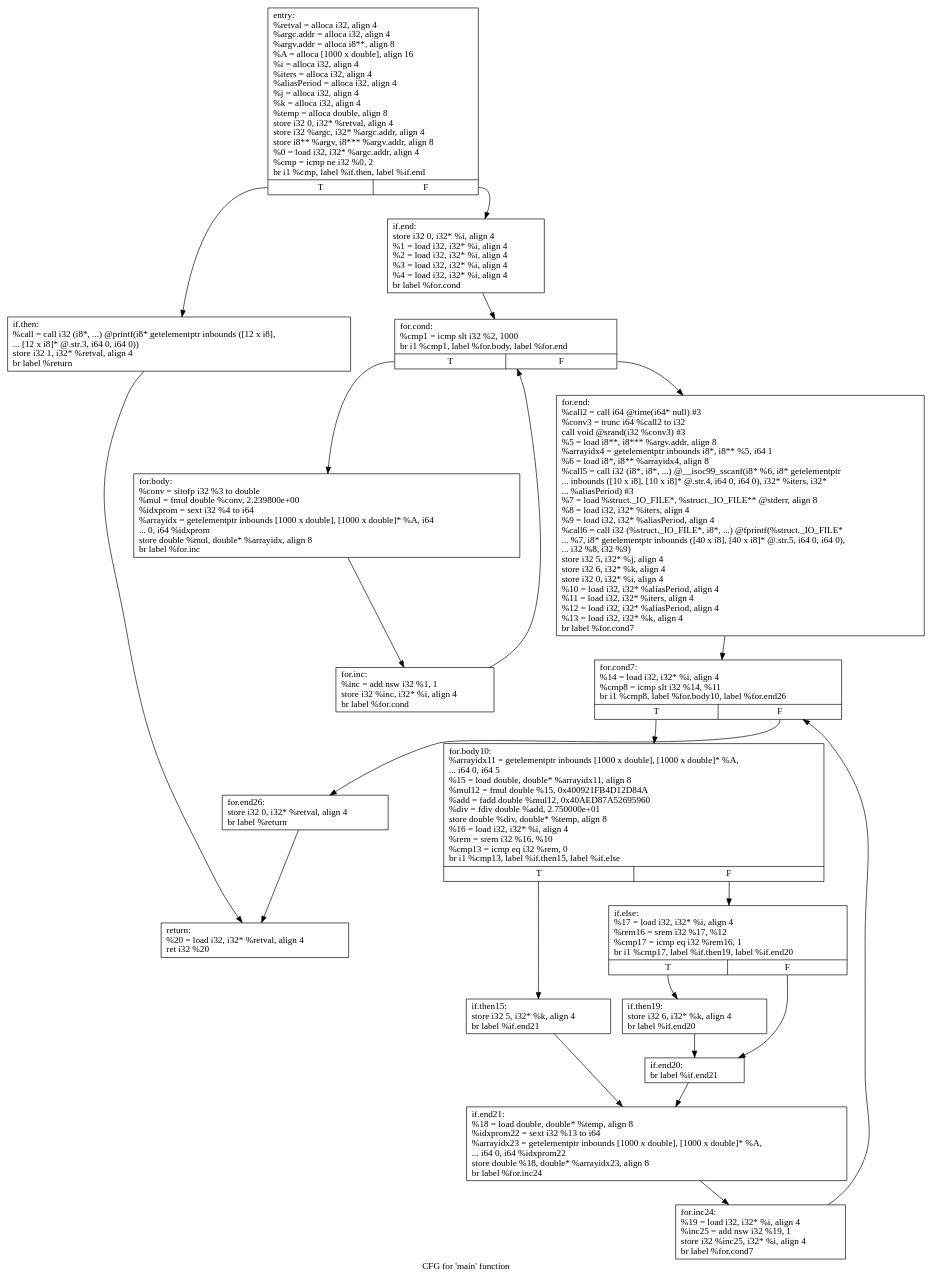
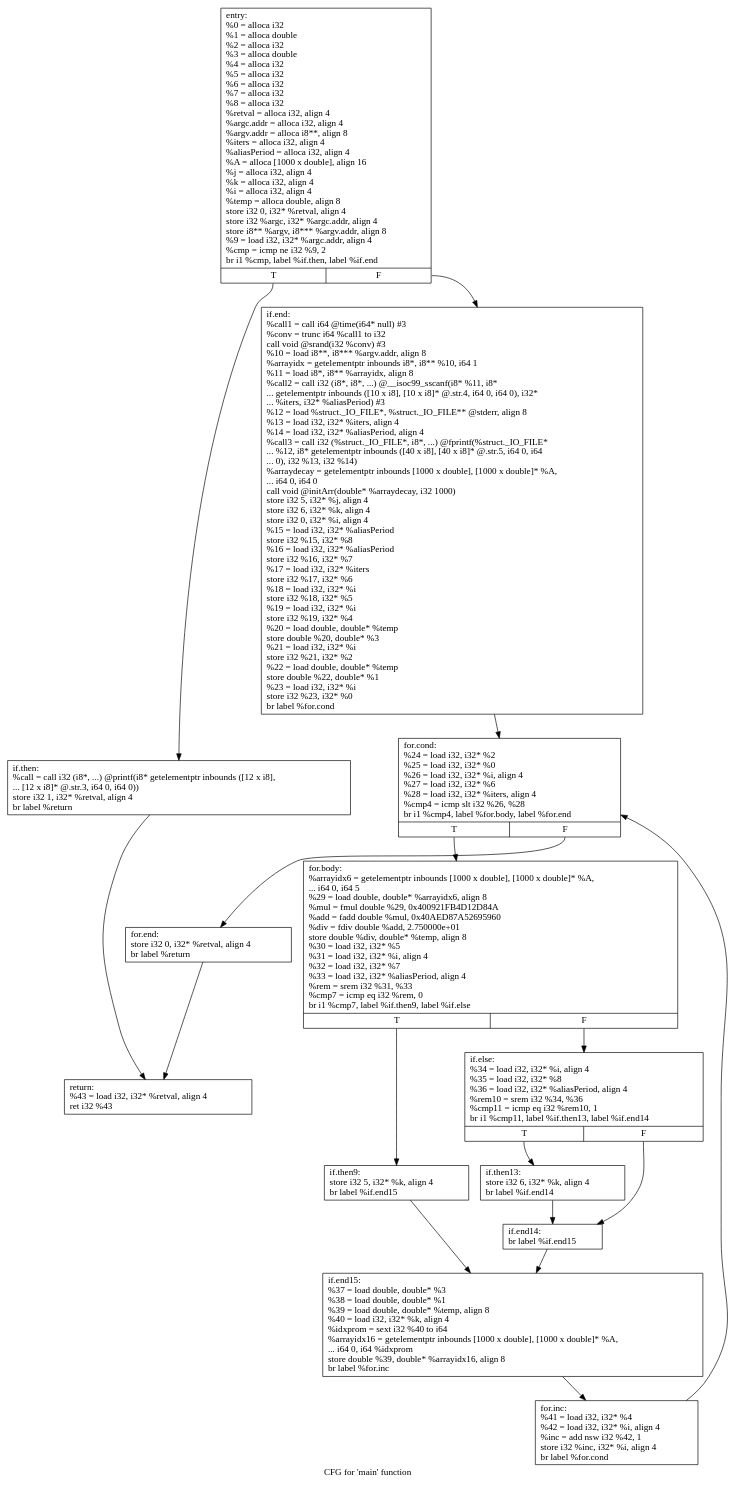
One commit to mattqemo/eecs583fp changed the diagram in 583simple/.main.dot. Above: the diagram before and after it, drawn with Graphviz. The commit also changed 11 other files, not shown here.

```diff
--- a/583simple/.main.dot
+++ b/583simple/.main.dot
@@ -1,42 +1,33 @@
 digraph "CFG for 'main' function" {
 	label="CFG for 'main' function";
 
-	Node0x55e047e42970 [shape=record,label="{entry:\l  %retval = alloca i32, align 4\l  %argc.addr = alloca i32, align 4\l  %argv.addr = alloca i8**, align 8\l  %A = alloca [1000 x double], align 16\l  %i = alloca i32, align 4\l  %iters = alloca i32, align 4\l  %aliasPeriod = alloca i32, align 4\l  %j = alloca i32, align 4\l  %k = alloca i32, align 4\l  %temp = alloca double, align 8\l  store i32 0, i32* %retval, align 4\l  store i32 %argc, i32* %argc.addr, align 4\l  store i8** %argv, i8*** %argv.addr, align 8\l  %0 = load i32, i32* %argc.addr, align 4\l  %cmp = icmp ne i32 %0, 2\l  br i1 %cmp, label %if.then, label %if.end\l|{<s0>T|<s1>F}}"];
-	Node0x55e047e42970:s0 -> Node0x55e047e43aa0;
-	Node0x55e047e42970:s1 -> Node0x55e047e43af0;
-	Node0x55e047e43aa0 [shape=record,label="{if.then:                                          \l  %call = call i32 (i8*, ...) @printf(i8* getelementptr inbounds ([12 x i8],\l... [12 x i8]* @.str.3, i64 0, i64 0))\l  store i32 1, i32* %retval, align 4\l  br label %return\l}"];
-	Node0x55e047e43aa0 -> Node0x55e047e43f50;
-	Node0x55e047e43af0 [shape=record,label="{if.end:                                           \l  store i32 0, i32* %i, align 4\l  %1 = load i32, i32* %i, align 4\l  %2 = load i32, i32* %i, align 4\l  %3 = load i32, i32* %i, align 4\l  %4 = load i32, i32* %i, align 4\l  br label %for.cond\l}"];
-	Node0x55e047e43af0 -> Node0x55e047e43b40;
-	Node0x55e047e43b40 [shape=record,label="{for.cond:                                         \l  %cmp1 = icmp slt i32 %2, 1000\l  br i1 %cmp1, label %for.body, label %for.end\l|{<s0>T|<s1>F}}"];
-	Node0x55e047e43b40:s0 -> Node0x55e047e43b90;
-	Node0x55e047e43b40:s1 -> Node0x55e047e43c30;
-	Node0x55e047e43b90 [shape=record,label="{for.body:                                         \l  %conv = sitofp i32 %3 to double\l  %mul = fmul double %conv, 2.239800e+00\l  %idxprom = sext i32 %4 to i64\l  %arrayidx = getelementptr inbounds [1000 x double], [1000 x double]* %A, i64\l... 0, i64 %idxprom\l  store double %mul, double* %arrayidx, align 8\l  br label %for.inc\l}"];
-	Node0x55e047e43b90 -> Node0x55e047e43be0;
-	Node0x55e047e43be0 [shape=record,label="{for.inc:                                          \l  %inc = add nsw i32 %1, 1\l  store i32 %inc, i32* %i, align 4\l  br label %for.cond\l}"];
-	Node0x55e047e43be0 -> Node0x55e047e43b40;
-	Node0x55e047e43c30 [shape=record,label="{for.end:                                          \l  %call2 = call i64 @time(i64* null) #3\l  %conv3 = trunc i64 %call2 to i32\l  call void @srand(i32 %conv3) #3\l  %5 = load i8**, i8*** %argv.addr, align 8\l  %arrayidx4 = getelementptr inbounds i8*, i8** %5, i64 1\l  %6 = load i8*, i8** %arrayidx4, align 8\l  %call5 = call i32 (i8*, i8*, ...) @__isoc99_sscanf(i8* %6, i8* getelementptr\l... inbounds ([10 x i8], [10 x i8]* @.str.4, i64 0, i64 0), i32* %iters, i32*\l... %aliasPeriod) #3\l  %7 = load %struct._IO_FILE*, %struct._IO_FILE** @stderr, align 8\l  %8 = load i32, i32* %iters, align 4\l  %9 = load i32, i32* %aliasPeriod, align 4\l  %call6 = call i32 (%struct._IO_FILE*, i8*, ...) @fprintf(%struct._IO_FILE*\l... %7, i8* getelementptr inbounds ([40 x i8], [40 x i8]* @.str.5, i64 0, i64 0),\l... i32 %8, i32 %9)\l  store i32 5, i32* %j, align 4\l  store i32 6, i32* %k, align 4\l  store i32 0, i32* %i, align 4\l  %10 = load i32, i32* %aliasPeriod, align 4\l  %11 = load i32, i32* %iters, align 4\l  %12 = load i32, i32* %aliasPeriod, align 4\l  %13 = load i32, i32* %k, align 4\l  br label %for.cond7\l}"];
-	Node0x55e047e43c30 -> Node0x55e047e43c80;
-	Node0x55e047e43c80 [shape=record,label="{for.cond7:                                        \l  %14 = load i32, i32* %i, align 4\l  %cmp8 = icmp slt i32 %14, %11\l  br i1 %cmp8, label %for.body10, label %for.end26\l|{<s0>T|<s1>F}}"];
-	Node0x55e047e43c80:s0 -> Node0x55e047e43cd0;
-	Node0x55e047e43c80:s1 -> Node0x55e047e43f00;
-	Node0x55e047e43cd0 [shape=record,label="{for.body10:                                       \l  %arrayidx11 = getelementptr inbounds [1000 x double], [1000 x double]* %A,\l... i64 0, i64 5\l  %15 = load double, double* %arrayidx11, align 8\l  %mul12 = fmul double %15, 0x400921FB4D12D84A\l  %add = fadd double %mul12, 0x40AED87A52695960\l  %div = fdiv double %add, 2.750000e+01\l  store double %div, double* %temp, align 8\l  %16 = load i32, i32* %i, align 4\l  %rem = srem i32 %16, %10\l  %cmp13 = icmp eq i32 %rem, 0\l  br i1 %cmp13, label %if.then15, label %if.else\l|{<s0>T|<s1>F}}"];
-	Node0x55e047e43cd0:s0 -> Node0x55e047e43d20;
-	Node0x55e047e43cd0:s1 -> Node0x55e047e43d70;
-	Node0x55e047e43d20 [shape=record,label="{if.then15:                                        \l  store i32 5, i32* %k, align 4\l  br label %if.end21\l}"];
-	Node0x55e047e43d20 -> Node0x55e047e43e60;
-	Node0x55e047e43d70 [shape=record,label="{if.else:                                          \l  %17 = load i32, i32* %i, align 4\l  %rem16 = srem i32 %17, %12\l  %cmp17 = icmp eq i32 %rem16, 1\l  br i1 %cmp17, label %if.then19, label %if.end20\l|{<s0>T|<s1>F}}"];
-	Node0x55e047e43d70:s0 -> Node0x55e047e43dc0;
-	Node0x55e047e43d70:s1 -> Node0x55e047e43e10;
-	Node0x55e047e43dc0 [shape=record,label="{if.then19:                                        \l  store i32 6, i32* %k, align 4\l  br label %if.end20\l}"];
-	Node0x55e047e43dc0 -> Node0x55e047e43e10;
-	Node0x55e047e43e10 [shape=record,label="{if.end20:                                         \l  br label %if.end21\l}"];
-	Node0x55e047e43e10 -> Node0x55e047e43e60;
-	Node0x55e047e43e60 [shape=record,label="{if.end21:                                         \l  %18 = load double, double* %temp, align 8\l  %idxprom22 = sext i32 %13 to i64\l  %arrayidx23 = getelementptr inbounds [1000 x double], [1000 x double]* %A,\l... i64 0, i64 %idxprom22\l  store double %18, double* %arrayidx23, align 8\l  br label %for.inc24\l}"];
-	Node0x55e047e43e60 -> Node0x55e047e43eb0;
-	Node0x55e047e43eb0 [shape=record,label="{for.inc24:                                        \l  %19 = load i32, i32* %i, align 4\l  %inc25 = add nsw i32 %19, 1\l  store i32 %inc25, i32* %i, align 4\l  br label %for.cond7\l}"];
-	Node0x55e047e43eb0 -> Node0x55e047e43c80;
-	Node0x55e047e43f00 [shape=record,label="{for.end26:                                        \l  store i32 0, i32* %retval, align 4\l  br label %return\l}"];
-	Node0x55e047e43f00 -> Node0x55e047e43f50;
-	Node0x55e047e43f50 [shape=record,label="{return:                                           \l  %20 = load i32, i32* %retval, align 4\l  ret i32 %20\l}"];
+	Node0x558ef39abfd0 [shape=record,label="{entry:\l  %0 = alloca i32\l  %1 = alloca double\l  %2 = alloca i32\l  %3 = alloca double\l  %4 = alloca i32\l  %5 = alloca i32\l  %6 = alloca i32\l  %7 = alloca i32\l  %8 = alloca i32\l  %retval = alloca i32, align 4\l  %argc.addr = alloca i32, align 4\l  %argv.addr = alloca i8**, align 8\l  %iters = alloca i32, align 4\l  %aliasPeriod = alloca i32, align 4\l  %A = alloca [1000 x double], align 16\l  %j = alloca i32, align 4\l  %k = alloca i32, align 4\l  %i = alloca i32, align 4\l  %temp = alloca double, align 8\l  store i32 0, i32* %retval, align 4\l  store i32 %argc, i32* %argc.addr, align 4\l  store i8** %argv, i8*** %argv.addr, align 8\l  %9 = load i32, i32* %argc.addr, align 4\l  %cmp = icmp ne i32 %9, 2\l  br i1 %cmp, label %if.then, label %if.end\l|{<s0>T|<s1>F}}"];
+	Node0x558ef39abfd0:s0 -> Node0x558ef39aea50;
+	Node0x558ef39abfd0:s1 -> Node0x558ef39aeaa0;
+	Node0x558ef39aea50 [shape=record,label="{if.then:                                          \l  %call = call i32 (i8*, ...) @printf(i8* getelementptr inbounds ([12 x i8],\l... [12 x i8]* @.str.3, i64 0, i64 0))\l  store i32 1, i32* %retval, align 4\l  br label %return\l}"];
+	Node0x558ef39aea50 -> Node0x558ef39aedc0;
+	Node0x558ef39aeaa0 [shape=record,label="{if.end:                                           \l  %call1 = call i64 @time(i64* null) #3\l  %conv = trunc i64 %call1 to i32\l  call void @srand(i32 %conv) #3\l  %10 = load i8**, i8*** %argv.addr, align 8\l  %arrayidx = getelementptr inbounds i8*, i8** %10, i64 1\l  %11 = load i8*, i8** %arrayidx, align 8\l  %call2 = call i32 (i8*, i8*, ...) @__isoc99_sscanf(i8* %11, i8*\l... getelementptr inbounds ([10 x i8], [10 x i8]* @.str.4, i64 0, i64 0), i32*\l... %iters, i32* %aliasPeriod) #3\l  %12 = load %struct._IO_FILE*, %struct._IO_FILE** @stderr, align 8\l  %13 = load i32, i32* %iters, align 4\l  %14 = load i32, i32* %aliasPeriod, align 4\l  %call3 = call i32 (%struct._IO_FILE*, i8*, ...) @fprintf(%struct._IO_FILE*\l... %12, i8* getelementptr inbounds ([40 x i8], [40 x i8]* @.str.5, i64 0, i64\l... 0), i32 %13, i32 %14)\l  %arraydecay = getelementptr inbounds [1000 x double], [1000 x double]* %A,\l... i64 0, i64 0\l  call void @initArr(double* %arraydecay, i32 1000)\l  store i32 5, i32* %j, align 4\l  store i32 6, i32* %k, align 4\l  store i32 0, i32* %i, align 4\l  %15 = load i32, i32* %aliasPeriod\l  store i32 %15, i32* %8\l  %16 = load i32, i32* %aliasPeriod\l  store i32 %16, i32* %7\l  %17 = load i32, i32* %iters\l  store i32 %17, i32* %6\l  %18 = load i32, i32* %i\l  store i32 %18, i32* %5\l  %19 = load i32, i32* %i\l  store i32 %19, i32* %4\l  %20 = load double, double* %temp\l  store double %20, double* %3\l  %21 = load i32, i32* %i\l  store i32 %21, i32* %2\l  %22 = load double, double* %temp\l  store double %22, double* %1\l  %23 = load i32, i32* %i\l  store i32 %23, i32* %0\l  br label %for.cond\l}"];
+	Node0x558ef39aeaa0 -> Node0x558ef39aeaf0;
+	Node0x558ef39aeaf0 [shape=record,label="{for.cond:                                         \l  %24 = load i32, i32* %2\l  %25 = load i32, i32* %0\l  %26 = load i32, i32* %i, align 4\l  %27 = load i32, i32* %6\l  %28 = load i32, i32* %iters, align 4\l  %cmp4 = icmp slt i32 %26, %28\l  br i1 %cmp4, label %for.body, label %for.end\l|{<s0>T|<s1>F}}"];
+	Node0x558ef39aeaf0:s0 -> Node0x558ef39aeb40;
+	Node0x558ef39aeaf0:s1 -> Node0x558ef39aed70;
+	Node0x558ef39aeb40 [shape=record,label="{for.body:                                         \l  %arrayidx6 = getelementptr inbounds [1000 x double], [1000 x double]* %A,\l... i64 0, i64 5\l  %29 = load double, double* %arrayidx6, align 8\l  %mul = fmul double %29, 0x400921FB4D12D84A\l  %add = fadd double %mul, 0x40AED87A52695960\l  %div = fdiv double %add, 2.750000e+01\l  store double %div, double* %temp, align 8\l  %30 = load i32, i32* %5\l  %31 = load i32, i32* %i, align 4\l  %32 = load i32, i32* %7\l  %33 = load i32, i32* %aliasPeriod, align 4\l  %rem = srem i32 %31, %33\l  %cmp7 = icmp eq i32 %rem, 0\l  br i1 %cmp7, label %if.then9, label %if.else\l|{<s0>T|<s1>F}}"];
+	Node0x558ef39aeb40:s0 -> Node0x558ef39aeb90;
+	Node0x558ef39aeb40:s1 -> Node0x558ef39aebe0;
+	Node0x558ef39aeb90 [shape=record,label="{if.then9:                                         \l  store i32 5, i32* %k, align 4\l  br label %if.end15\l}"];
+	Node0x558ef39aeb90 -> Node0x558ef39aecd0;
+	Node0x558ef39aebe0 [shape=record,label="{if.else:                                          \l  %34 = load i32, i32* %i, align 4\l  %35 = load i32, i32* %8\l  %36 = load i32, i32* %aliasPeriod, align 4\l  %rem10 = srem i32 %34, %36\l  %cmp11 = icmp eq i32 %rem10, 1\l  br i1 %cmp11, label %if.then13, label %if.end14\l|{<s0>T|<s1>F}}"];
+	Node0x558ef39aebe0:s0 -> Node0x558ef39aec30;
+	Node0x558ef39aebe0:s1 -> Node0x558ef39aec80;
+	Node0x558ef39aec30 [shape=record,label="{if.then13:                                        \l  store i32 6, i32* %k, align 4\l  br label %if.end14\l}"];
+	Node0x558ef39aec30 -> Node0x558ef39aec80;
+	Node0x558ef39aec80 [shape=record,label="{if.end14:                                         \l  br label %if.end15\l}"];
+	Node0x558ef39aec80 -> Node0x558ef39aecd0;
+	Node0x558ef39aecd0 [shape=record,label="{if.end15:                                         \l  %37 = load double, double* %3\l  %38 = load double, double* %1\l  %39 = load double, double* %temp, align 8\l  %40 = load i32, i32* %k, align 4\l  %idxprom = sext i32 %40 to i64\l  %arrayidx16 = getelementptr inbounds [1000 x double], [1000 x double]* %A,\l... i64 0, i64 %idxprom\l  store double %39, double* %arrayidx16, align 8\l  br label %for.inc\l}"];
+	Node0x558ef39aecd0 -> Node0x558ef39aed20;
+	Node0x558ef39aed20 [shape=record,label="{for.inc:                                          \l  %41 = load i32, i32* %4\l  %42 = load i32, i32* %i, align 4\l  %inc = add nsw i32 %42, 1\l  store i32 %inc, i32* %i, align 4\l  br label %for.cond\l}"];
+	Node0x558ef39aed20 -> Node0x558ef39aeaf0;
+	Node0x558ef39aed70 [shape=record,label="{for.end:                                          \l  store i32 0, i32* %retval, align 4\l  br label %return\l}"];
+	Node0x558ef39aed70 -> Node0x558ef39aedc0;
+	Node0x558ef39aedc0 [shape=record,label="{return:                                           \l  %43 = load i32, i32* %retval, align 4\l  ret i32 %43\l}"];
 }
```
